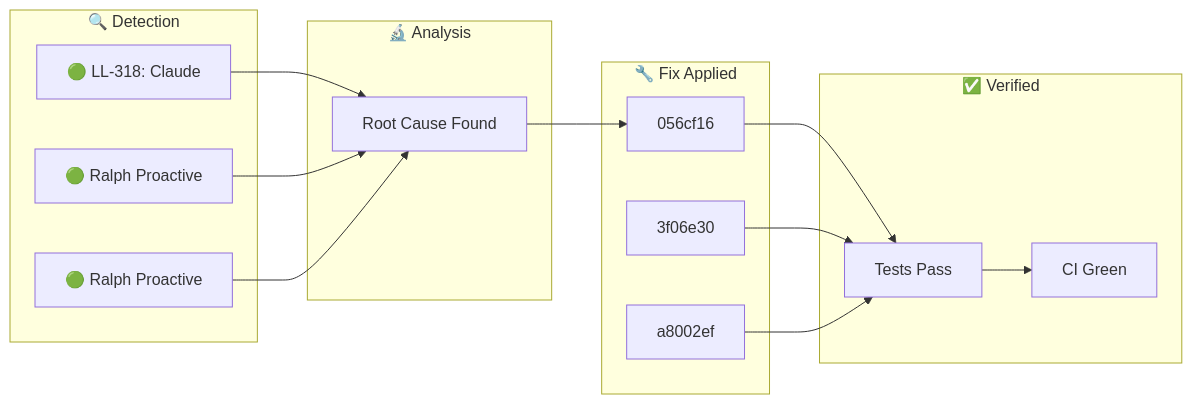
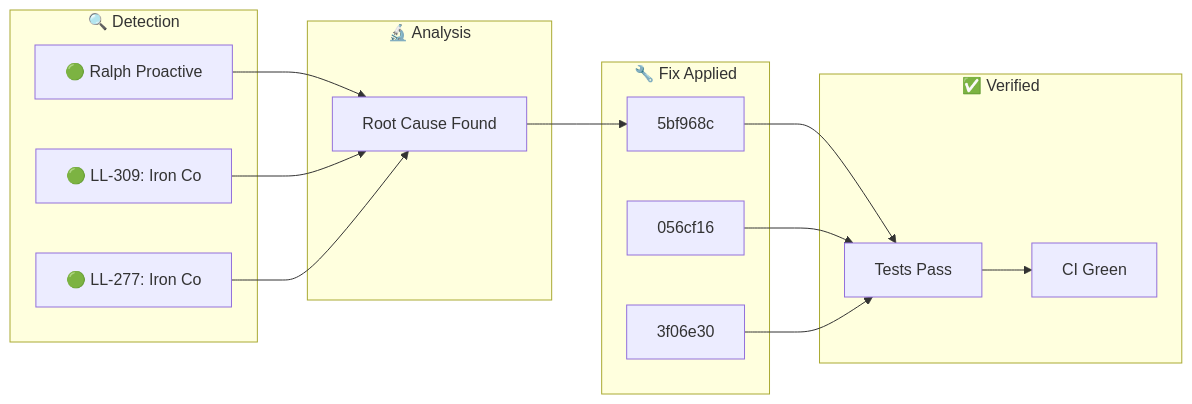
The diagram in docs/_posts/2026-02-01-ralph-discovery.md (webclinic017/trading-spy-iron-condor), drawn with Mermaid before and after one commit. The commit also changed other lines of this file, not shown here.

Commit message:
docs(ralph): Auto-publish discovery blog post

````diff
--- a/docs/_posts/2026-02-01-ralph-discovery.md
+++ b/docs/_posts/2026-02-01-ralph-discovery.md
@@ -17,28 +17,28 @@
 ```mermaid
 flowchart LR
     subgraph Detection["🔍 Detection"]
-        D1["🟢 LL-318: Claude "]
-        D2["🟢 Ralph Proactive"]
-        D3["🟢 Ralph Proactive"]
+        D1["🟢 Ralph Proactive"]
+        D2["🟢 LL-309: Iron Co"]
+        D3["🟢 LL-277: Iron Co"]
     end
     subgraph Analysis["🔬 Analysis"]
         A1["Root Cause Found"]
     end
     subgraph Fix["🔧 Fix Applied"]
-        F1["056cf16"]
-        F2["3f06e30"]
-        F3["a8002ef"]
+        F1["5bf968c"]
+        F2["056cf16"]
+        F3["3f06e30"]
     end
     subgraph Verify["✅ Verified"]
         V1["Tests Pass"]
         V2["CI Green"]
     end
     D1 --> A1
     D2 --> A1
     D3 --> A1
     A1 --> F1
     F1 --> V1
     F2 --> V1
     F3 --> V1
     V1 --> V2
 ```
````
